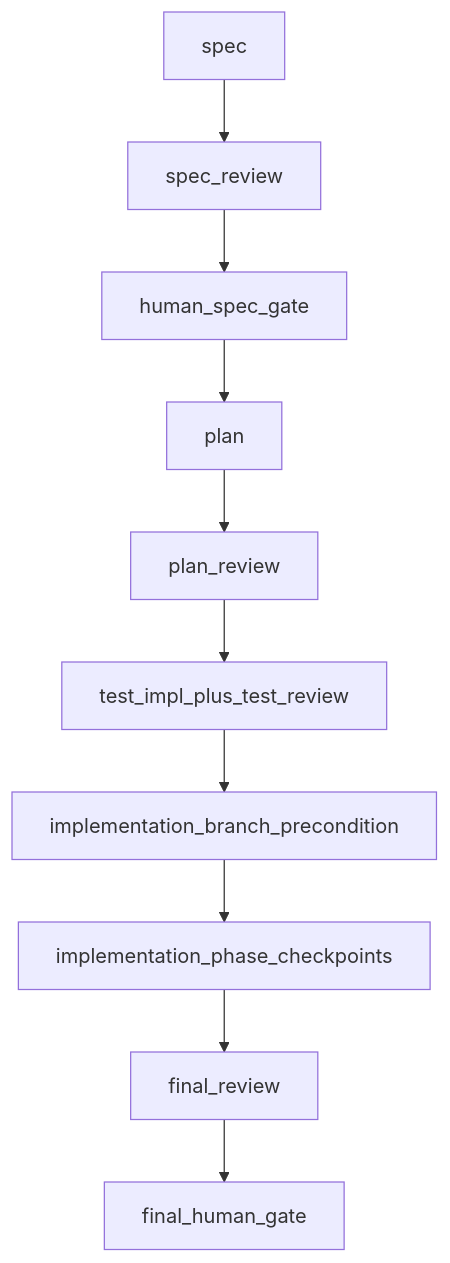
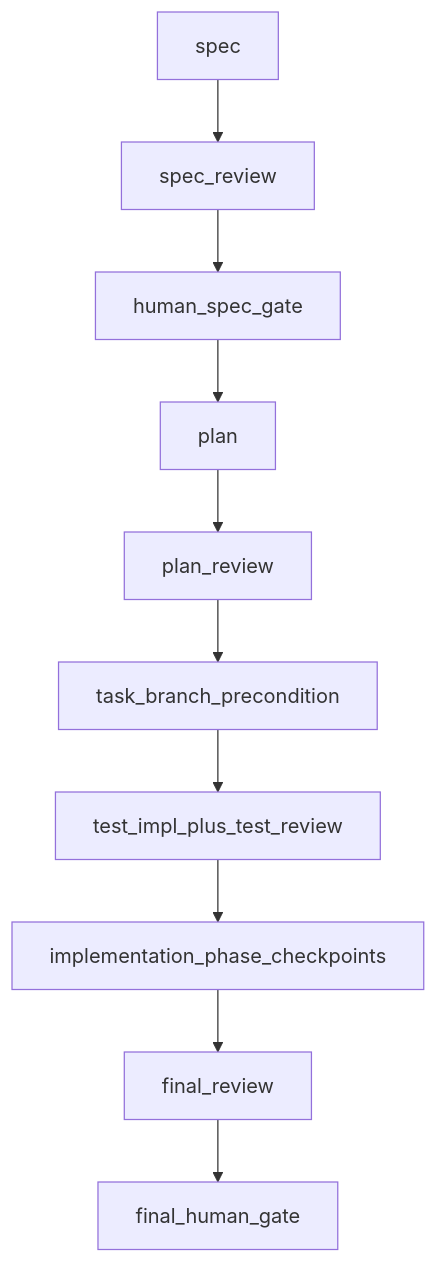
The diagram in skills/dev-process/SKILL.md (kawagutt/hermes-home), drawn with Mermaid before and after one commit. The commit also changed other lines of this file and 32 other files, not shown here.

````diff
--- a/skills/dev-process/SKILL.md
+++ b/skills/dev-process/SKILL.md
@@ -316,15 +371,15 @@
 ```mermaid
 flowchart TD
   specStage[spec]
   specRev[spec_review]
   humanGate[human_spec_gate]
   planStage[plan]
   planRev[plan_review]
+  taskBranch[task_branch_precondition]
   testsStage[test_impl_plus_test_review]
-  implBranch[implementation_branch_precondition]
   implStage[implementation_phase_checkpoints]
   finalStage[final_review]
   finalGate[final_human_gate]
 
-  specStage --> specRev --> humanGate --> planStage --> planRev --> testsStage --> implBranch --> implStage --> finalStage --> finalGate
+  specStage --> specRev --> humanGate --> planStage --> planRev --> taskBranch --> testsStage --> implStage --> finalStage --> finalGate
 ```
````
